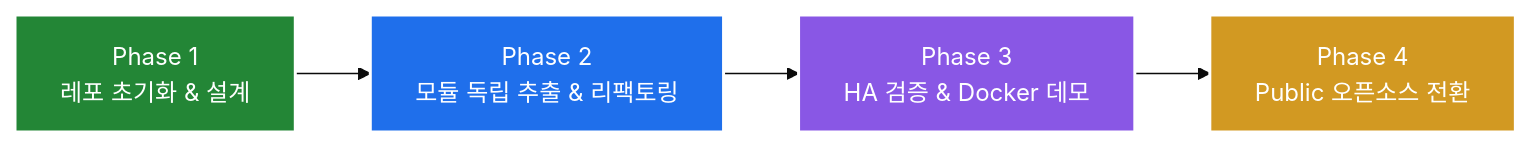
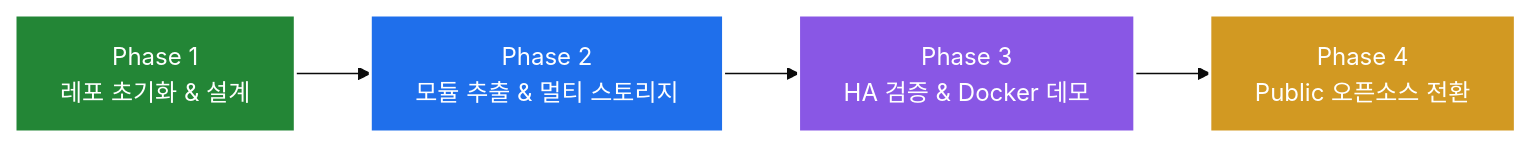
One commit to sweetpark/ha-excel-job-engine changed the diagram in README.md. Above: the diagram before and after it, drawn with Mermaid (base theme). The commit also changed other lines of this file, not shown here.

Commit message:
docs: add multi-storage (Local, NAS, S3, NCP, Azure, GCP) architecture and config

````diff
--- a/README.md
+++ b/README.md
@@ -68,10 +121,10 @@
 ```mermaid
 graph LR
-    P1["Phase 1<br/>레포 초기화 & 설계"] --> P2["Phase 2<br/>모듈 독립 추출 & 리팩토링"]
+    P1["Phase 1<br/>레포 초기화 & 설계"] --> P2["Phase 2<br/>모듈 추출 & 멀티 스토리지"]
     P2 --> P3["Phase 3<br/>HA 검증 & Docker 데모"]
     P3 --> P4["Phase 4<br/>Public 오픈소스 전환"]
     style P1 fill:#238636,stroke:#fff,stroke-width:2px,color:#fff
     style P2 fill:#1f6feb,stroke:#fff,stroke-width:2px,color:#fff
     style P3 fill:#8957e5,stroke:#fff,stroke-width:2px,color:#fff
     style P4 fill:#d29922,stroke:#fff,stroke-width:2px,color:#fff
 ```
````
